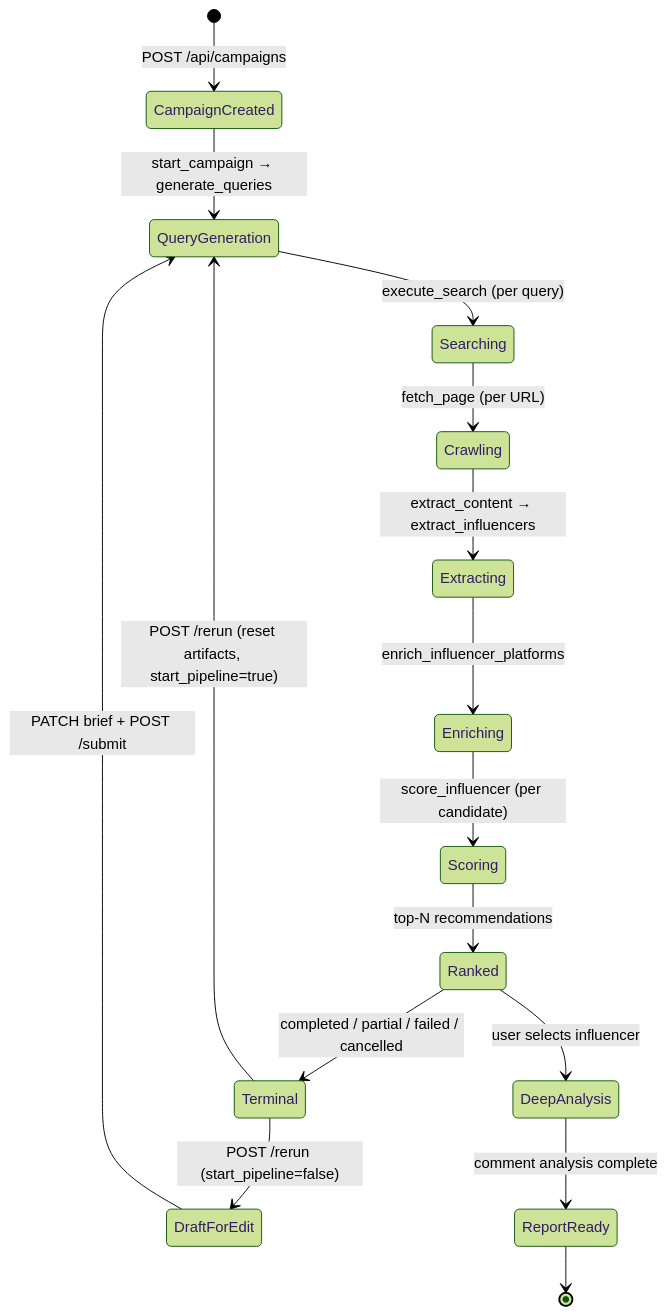
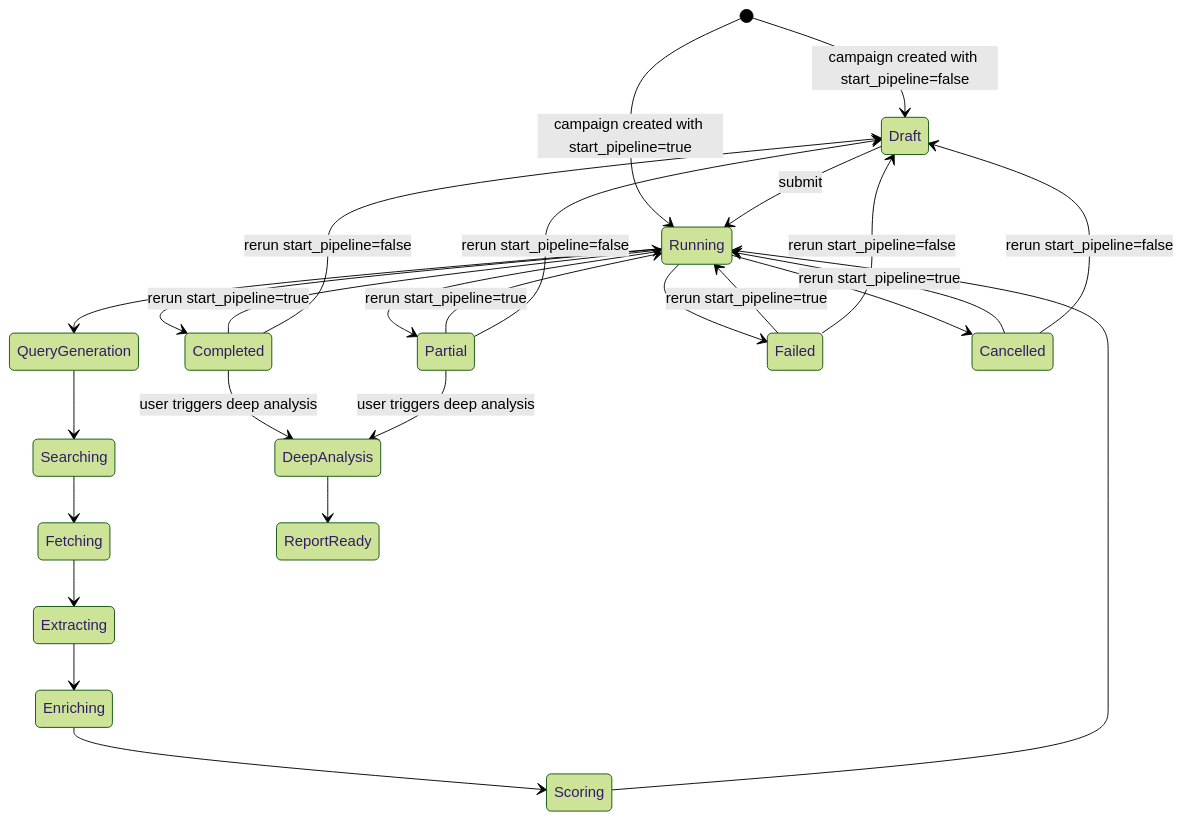
One commit to md-tonmoy007/InfluenceIQ changed the second of 2 diagrams in docs/pipeline-flow-architecture.md. Above: the diagram before and after it, drawn with Mermaid (forest theme). The commit also changed other lines of this file and 3 other files, not shown here.

Commit message:
Update architecture and pipeline docs; remove deep-analysis plan

````diff
--- a/docs/pipeline-flow-architecture.md
+++ b/docs/pipeline-flow-architecture.md
@@ -297,20 +494,33 @@
 ```mermaid
 stateDiagram-v2
-    [*] --> CampaignCreated: POST /api/campaigns
-    CampaignCreated --> QueryGeneration: start_campaign → generate_queries
-    QueryGeneration --> Searching: execute_search (per query)
-    Searching --> Crawling: fetch_page (per URL)
-    Crawling --> Extracting: extract_content → extract_influencers
-    Extracting --> Enriching: enrich_influencer_platforms
-    Enriching --> Scoring: score_influencer (per candidate)
-    Scoring --> Ranked: top-N recommendations
-    Ranked --> Terminal: completed / partial / failed / cancelled
+    [*] --> Draft: campaign created with start_pipeline=false
+    [*] --> Running: campaign created with start_pipeline=true
+    Draft --> Running: submit
 
-    Terminal --> QueryGeneration: POST /rerun (reset artifacts, start_pipeline=true)
-    Terminal --> DraftForEdit: POST /rerun (start_pipeline=false)
-    DraftForEdit --> QueryGeneration: PATCH brief + POST /submit
+    Running --> QueryGeneration
+    QueryGeneration --> Searching
+    Searching --> Fetching
+    Fetching --> Extracting
+    Extracting --> Enriching
+    Enriching --> Scoring
+    Scoring --> Running
 
-    Ranked --> DeepAnalysis: user selects influencer
-    DeepAnalysis --> ReportReady: comment analysis complete
-    ReportReady --> [*]
+    Running --> Completed
+    Running --> Partial
+    Running --> Failed
+    Running --> Cancelled
+
+    Completed --> Running: rerun start_pipeline=true
+    Partial --> Running: rerun start_pipeline=true
+    Failed --> Running: rerun start_pipeline=true
+    Cancelled --> Running: rerun start_pipeline=true
+
+    Completed --> Draft: rerun start_pipeline=false
+    Partial --> Draft: rerun start_pipeline=false
+    Failed --> Draft: rerun start_pipeline=false
+    Cancelled --> Draft: rerun start_pipeline=false
+
+    Completed --> DeepAnalysis: user triggers deep analysis
+    Partial --> DeepAnalysis: user triggers deep analysis
+    DeepAnalysis --> ReportReady
 ```
````
